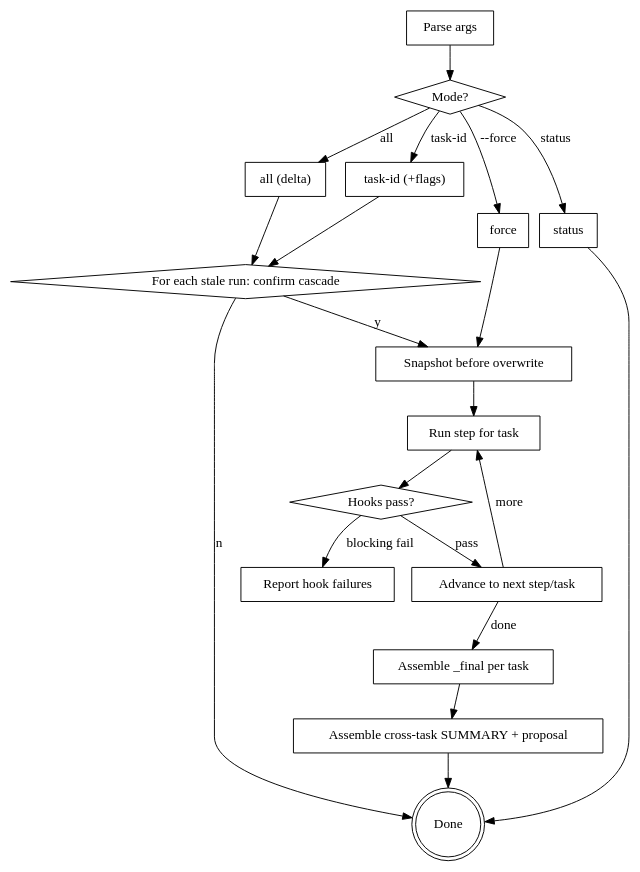
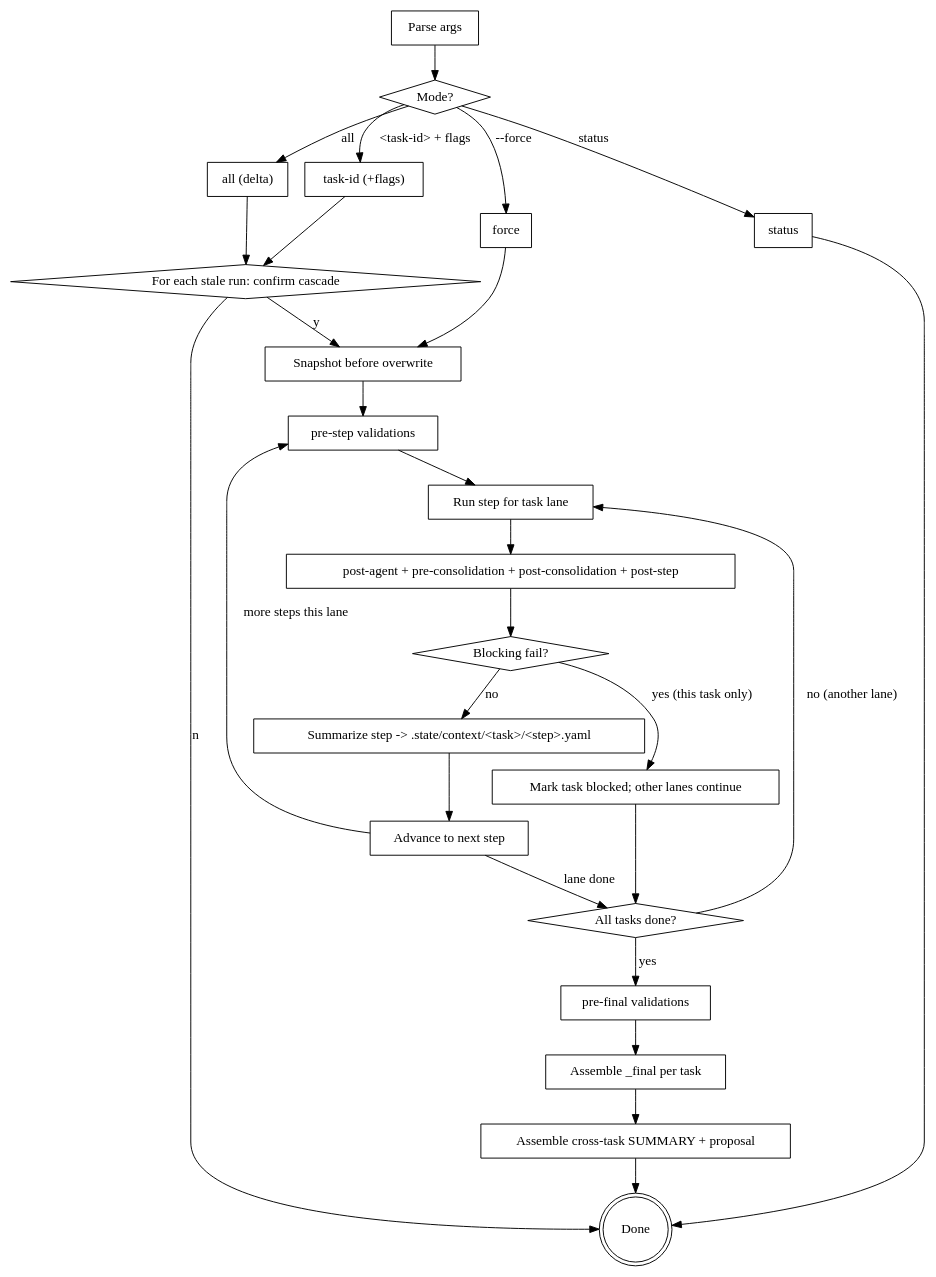
One commit to easingthemes/dx-aem-flow changed the second of 2 diagrams in docs/research/2026-04-14-dx-rfp-plugin-plan.md. Above: the diagram before and after it, drawn with Graphviz. The commit also changed other lines of this file and 1 other file, not shown here.

````diff
--- a/docs/research/2026-04-14-dx-rfp-plugin-plan.md
+++ b/docs/research/2026-04-14-dx-rfp-plugin-plan.md
@@ -634,40 +688,52 @@
 ```dot
 digraph rfp_orchestrator {
   "Parse args" [shape=box];
   "Mode?" [shape=diamond];
   "all (delta)" [shape=box];
   "task-id (+flags)" [shape=box];
   "status" [shape=box];
   "force" [shape=box];
 
   "For each stale run: confirm cascade" [shape=diamond];
   "Snapshot before overwrite" [shape=box];
-  "Run step for task" [shape=box];
-  "Hooks pass?" [shape=diamond];
-  "Advance to next step/task" [shape=box];
-  "Report hook failures" [shape=box];
+  "pre-step validations" [shape=box];
+  "Run step for task lane" [shape=box];
+  "post-agent + pre-consolidation + post-consolidation + post-step" [shape=box];
+  "Blocking fail?" [shape=diamond];
+  "Mark task blocked; other lanes continue" [shape=box];
+  "Summarize step -> .state/context/<task>/<step>.yaml" [shape=box];
+  "Advance to next step" [shape=box];
+  "All tasks done?" [shape=diamond];
+  "pre-final validations" [shape=box];
   "Assemble _final per task" [shape=box];
   "Assemble cross-task SUMMARY + proposal" [shape=box];
   "Done" [shape=doublecircle];
 
   "Parse args" -> "Mode?";
   "Mode?" -> "all (delta)" [label="all"];
-  "Mode?" -> "task-id (+flags)" [label="task-id"];
+  "Mode?" -> "task-id (+flags)" [label="<task-id> + flags"];
   "Mode?" -> "status" [label="status"];
   "Mode?" -> "force" [label="--force"];
   "all (delta)" -> "For each stale run: confirm cascade";
   "task-id (+flags)" -> "For each stale run: confirm cascade";
   "force" -> "Snapshot before overwrite";
   "For each stale run: confirm cascade" -> "Snapshot before overwrite" [label="y"];
   "For each stale run: confirm cascade" -> "Done" [label="n"];
-  "Snapshot before overwrite" -> "Run step for task";
-  "Run step for task" -> "Hooks pass?";
-  "Hooks pass?" -> "Advance to next step/task" [label="pass"];
-  "Hooks pass?" -> "Report hook failures" [label="blocking fail"];
-  "Advance to next step/task" -> "Run step for task" [label="more"];
-  "Advance to next step/task" -> "Assemble _final per task" [label="done"];
+  "Snapshot before overwrite" -> "pre-step validations";
+  "pre-step validations" -> "Run step for task lane";
+  "Run step for task lane" -> "post-agent + pre-consolidation + post-consolidation + post-step";
+  "post-agent + pre-consolidation + post-consolidation + post-step" -> "Blocking fail?";
+  "Blocking fail?" -> "Mark task blocked; other lanes continue" [label="yes (this task only)"];
+  "Blocking fail?" -> "Summarize step -> .state/context/<task>/<step>.yaml" [label="no"];
+  "Mark task blocked; other lanes continue" -> "All tasks done?";
+  "Summarize step -> .state/context/<task>/<step>.yaml" -> "Advance to next step";
+  "Advance to next step" -> "pre-step validations" [label="more steps this lane"];
+  "Advance to next step" -> "All tasks done?" [label="lane done"];
+  "All tasks done?" -> "Run step for task lane" [label="no (another lane)"];
+  "All tasks done?" -> "pre-final validations" [label="yes"];
+  "pre-final validations" -> "Assemble _final per task";
   "Assemble _final per task" -> "Assemble cross-task SUMMARY + proposal";
   "Assemble cross-task SUMMARY + proposal" -> "Done";
   "status" -> "Done";
 }
 ```
````
